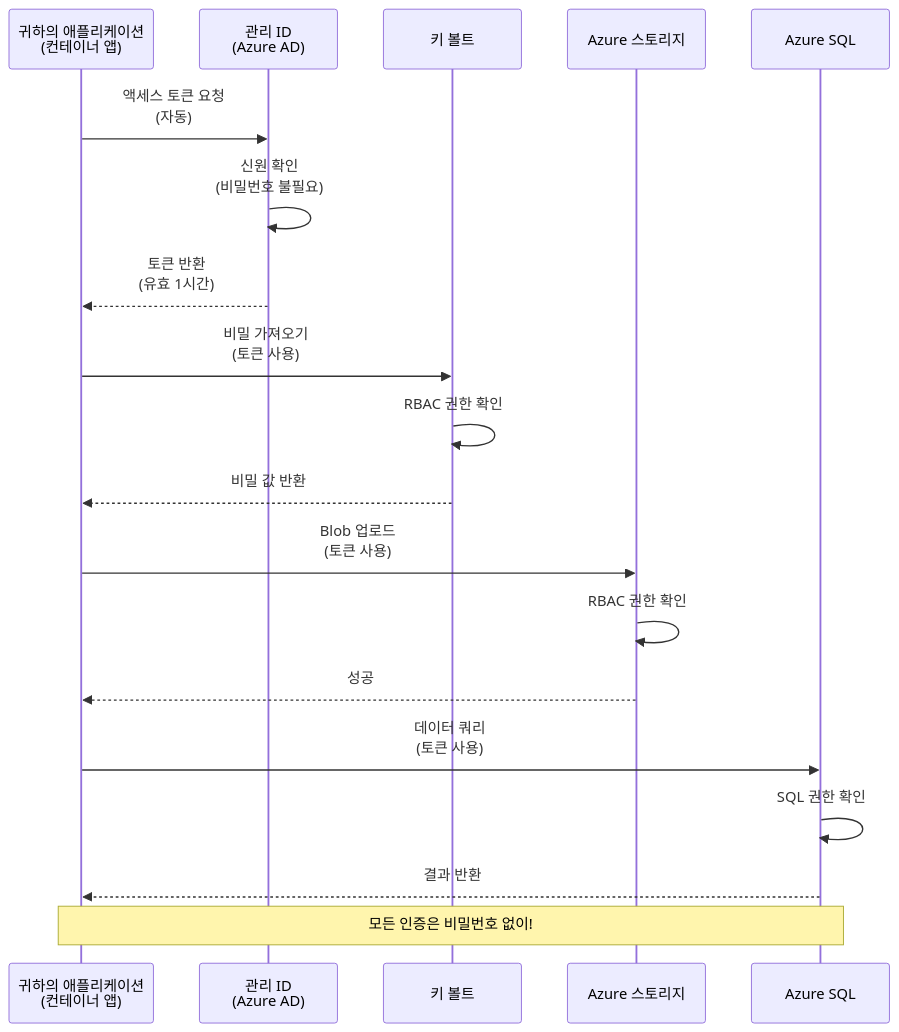
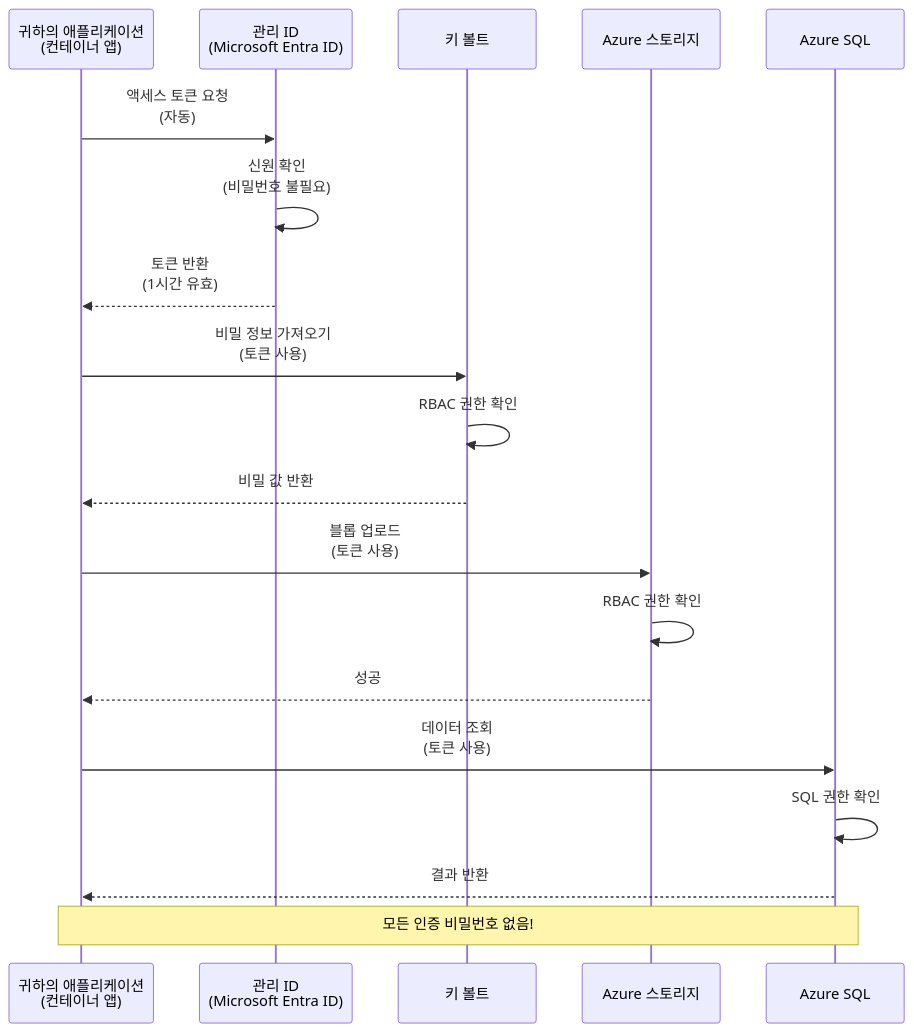
One commit to microsoft/AZD-for-beginners changed the first of 2 diagrams in translations/ko/docs/chapter-03-configuration/authsecurity.md. Above: the diagram before and after it, drawn with Mermaid. The commit also changed other lines of this file and 104 other files, not shown here.

````diff
--- a/translations/ko/docs/chapter-03-configuration/authsecurity.md
+++ b/translations/ko/docs/chapter-03-configuration/authsecurity.md
@@ -69,26 +69,26 @@
 ```mermaid
 sequenceDiagram
     participant App as 귀하의 애플리케이션<br/>(컨테이너 앱)
-    participant MI as 관리 ID<br/>(Azure AD)
+    participant MI as 관리 ID<br/>(Microsoft Entra ID)
     participant KV as 키 볼트
     participant Storage as Azure 스토리지
     participant DB as Azure SQL
     
     App->>MI: 액세스 토큰 요청<br/>(자동)
     MI->>MI: 신원 확인<br/>(비밀번호 불필요)
-    MI-->>App: 토큰 반환<br/>(유효 1시간)
+    MI-->>App: 토큰 반환<br/>(1시간 유효)
     
-    App->>KV: 비밀 가져오기<br/>(토큰 사용)
+    App->>KV: 비밀 정보 가져오기<br/>(토큰 사용)
     KV->>KV: RBAC 권한 확인
     KV-->>App: 비밀 값 반환
     
-    App->>Storage: Blob 업로드<br/>(토큰 사용)
+    App->>Storage: 블롭 업로드<br/>(토큰 사용)
     Storage->>Storage: RBAC 권한 확인
     Storage-->>App: 성공
     
-    App->>DB: 데이터 쿼리<br/>(토큰 사용)
+    App->>DB: 데이터 조회<br/>(토큰 사용)
     DB->>DB: SQL 권한 확인
     DB-->>App: 결과 반환
     
-    Note over App,DB: 모든 인증은 비밀번호 없이!
+    Note over App,DB: 모든 인증 비밀번호 없음!
 ```
````
